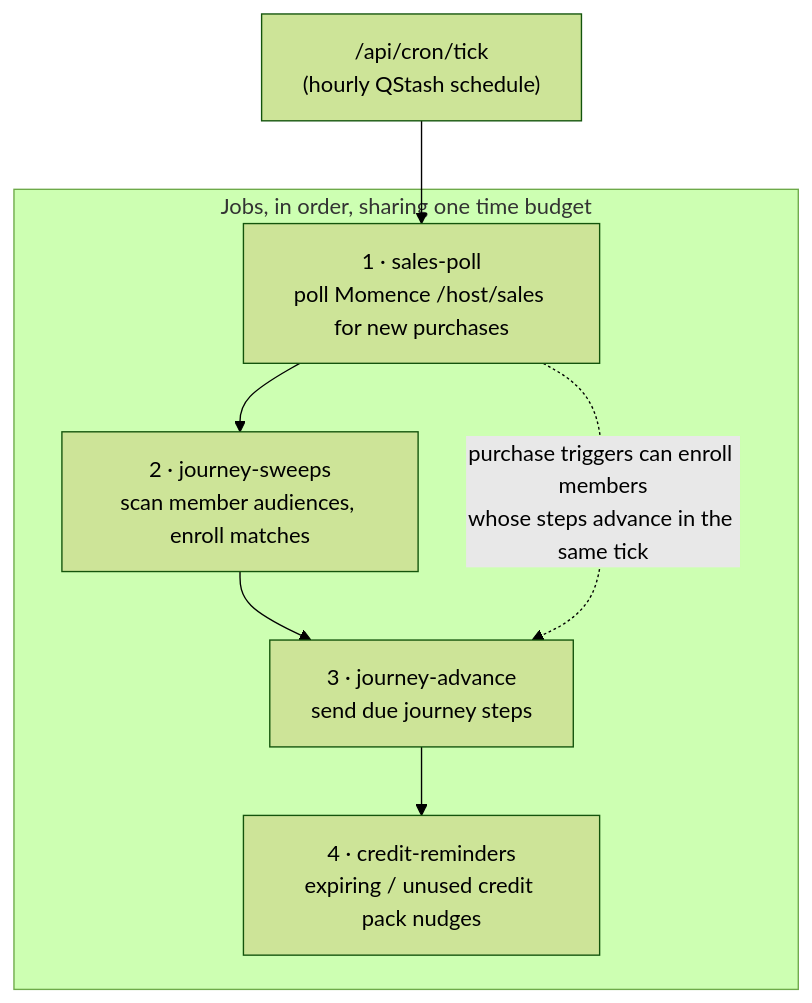
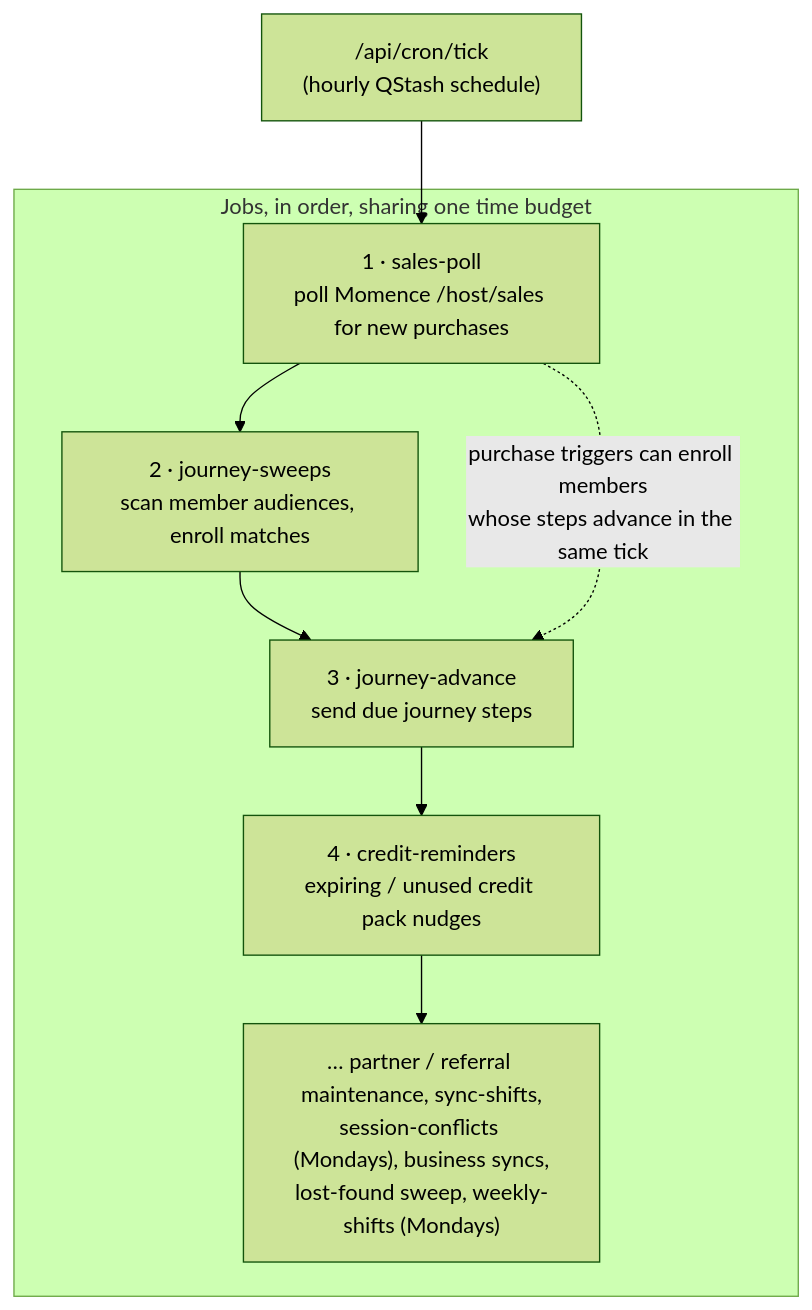
One commit to weslexcore/pyre changed the second of 5 diagrams in apps/integrations/README.md. Above: the diagram before and after it, drawn with Mermaid (forest theme). The commit also changed other lines of this file and 30 other files, not shown here.

````diff
--- a/apps/integrations/README.md
+++ b/apps/integrations/README.md
@@ -189,12 +191,13 @@
 ```mermaid
 flowchart TD
     TICK["/api/cron/tick<br/>(hourly QStash schedule)"] --> J1
     subgraph jobs["Jobs, in order, sharing one time budget"]
         J1["1 · sales-poll<br/>poll Momence /host/sales for new purchases"]
         J2["2 · journey-sweeps<br/>scan member audiences, enroll matches"]
         J3["3 · journey-advance<br/>send due journey steps"]
         J4["4 · credit-reminders<br/>expiring / unused credit pack nudges"]
-        J1 --> J2 --> J3 --> J4
+        J5["… partner / referral maintenance, sync-shifts,<br/>session-conflicts (Mondays), business syncs,<br/>lost-found sweep, weekly-shifts (Mondays)"]
+        J1 --> J2 --> J3 --> J4 --> J5
     end
     J1 -. "purchase triggers can enroll members<br/>whose steps advance in the same tick" .-> J3
 ```
````
